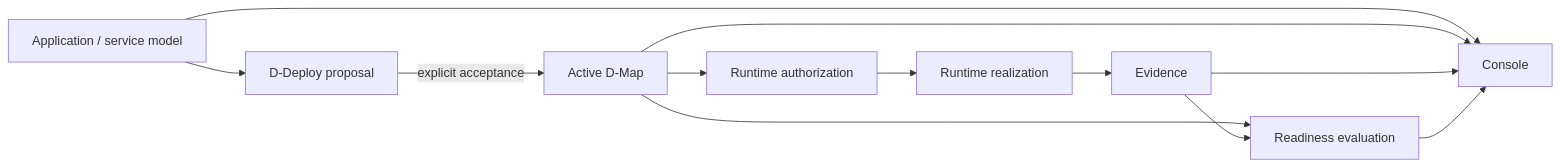
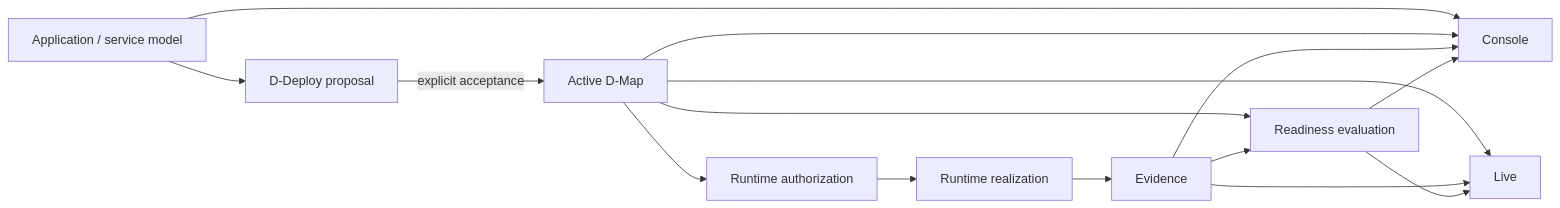
Before and after one commit to dnredson/datum-docs: the diagram in docs/architecture/index.md, drawn with Mermaid. The commit also changed other lines of this file and 16 other files, not shown here.

````diff
--- a/docs/architecture/index.md
+++ b/docs/architecture/index.md
@@ -32,14 +33,17 @@
 ```mermaid
 flowchart LR
     MODEL["Application / service model"] --> PROP["D-Deploy proposal"]
     PROP -->|"explicit acceptance"| MAP["Active D-Map"]
     MAP --> AUTH["Runtime authorization"]
     AUTH --> REAL["Runtime realization"]
     REAL --> OBS["Evidence"]
     MAP --> READY["Readiness evaluation"]
     OBS --> READY
     MODEL --> UI["Console"]
     MAP --> UI
     OBS --> UI
     READY --> UI
+    MAP --> LIVE["Live"]
+    OBS --> LIVE
+    READY --> LIVE
 ```
````
